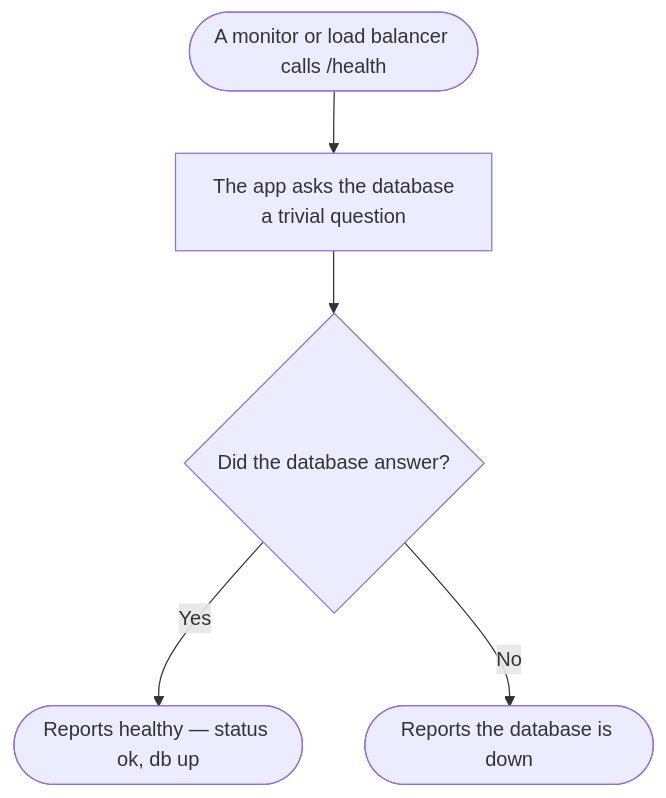
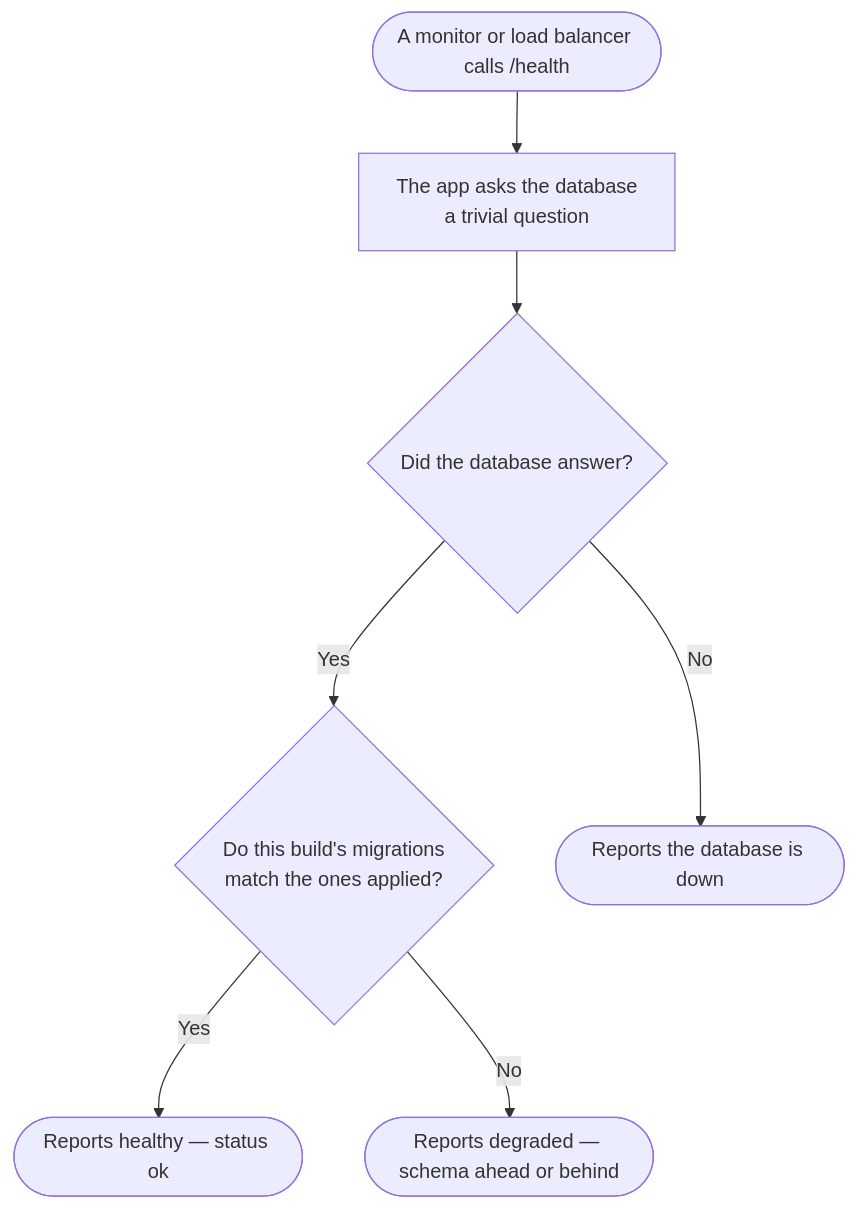
Before and after one commit to ekamjit-nugen/nugenova-backends: the diagram in src/modules/health/PLAYBOOK.md, drawn with Mermaid. The commit also changed other lines of this file and 5 other files, not shown here.

````diff
--- a/src/modules/health/PLAYBOOK.md
+++ b/src/modules/health/PLAYBOOK.md
@@ -51,7 +66,9 @@
 ```mermaid
 flowchart TD
     A(["A monitor or load balancer calls /health"]) --> B["The app asks the database<br/>a trivial question"]
     B --> C{"Did the database answer?"}
-    C -->|Yes| D(["Reports healthy — status ok, db up"])
+    C -->|Yes| F{"Do this build's migrations<br/>match the ones applied?"}
     C -->|No| E(["Reports the database is down"])
+    F -->|Yes| D(["Reports healthy — status ok"])
+    F -->|No| G(["Reports degraded — schema ahead or behind"])
 ```
````
